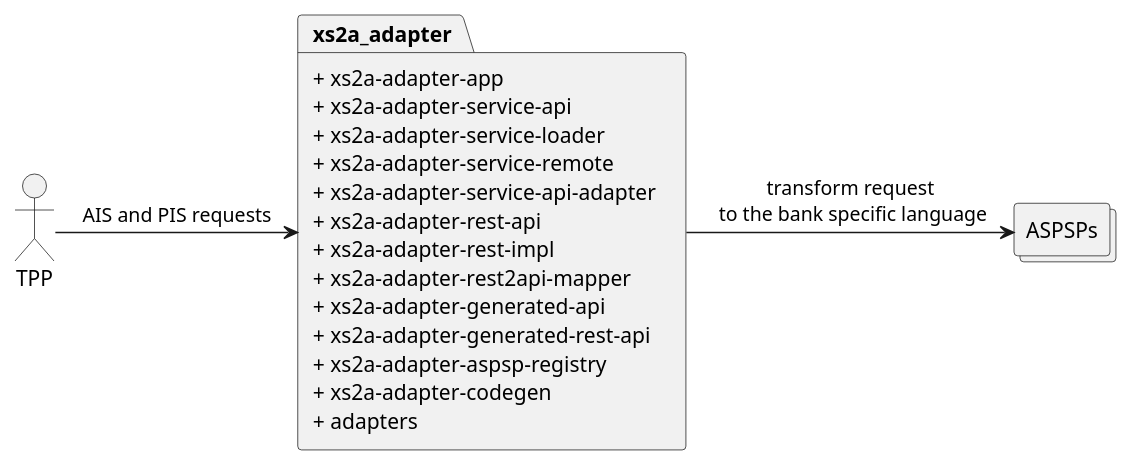
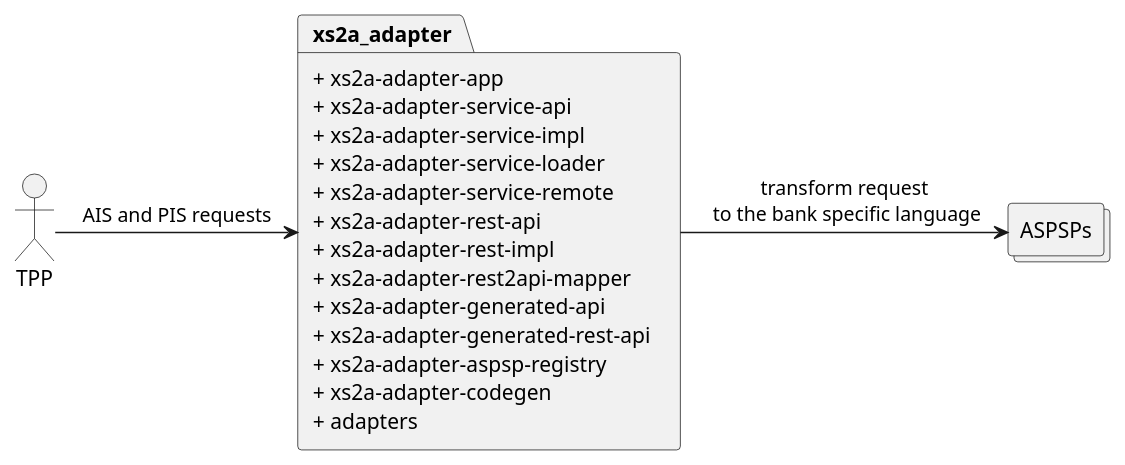
One commit to adorsys/xs2a-adapter changed the diagram in docs/arc42/puml/business-context.puml. Above: the diagram before and after it, drawn with PlantUML. The commit also changed 11 other files, not shown here.

```diff
--- a/docs/arc42/puml/business-context.puml
+++ b/docs/arc42/puml/business-context.puml
@@ -1,24 +1,24 @@
 @startuml
 actor TPP as tpp
 collections ASPSPs as banks
 
 package xs2a_adapter [
 + xs2a-adapter-app
 + xs2a-adapter-service-api
++ xs2a-adapter-service-impl
 + xs2a-adapter-service-loader
 + xs2a-adapter-service-remote
-+ xs2a-adapter-service-api-adapter
 + xs2a-adapter-rest-api
 + xs2a-adapter-rest-impl
 + xs2a-adapter-rest2api-mapper
 + xs2a-adapter-generated-api
 + xs2a-adapter-generated-rest-api
 + xs2a-adapter-aspsp-registry
 + xs2a-adapter-codegen
 + adapters
 ]
 
 tpp -> xs2a_adapter: AIS and PIS requests
 xs2a_adapter -> banks: transform request\n to the bank specific language
 
 @enduml
```
